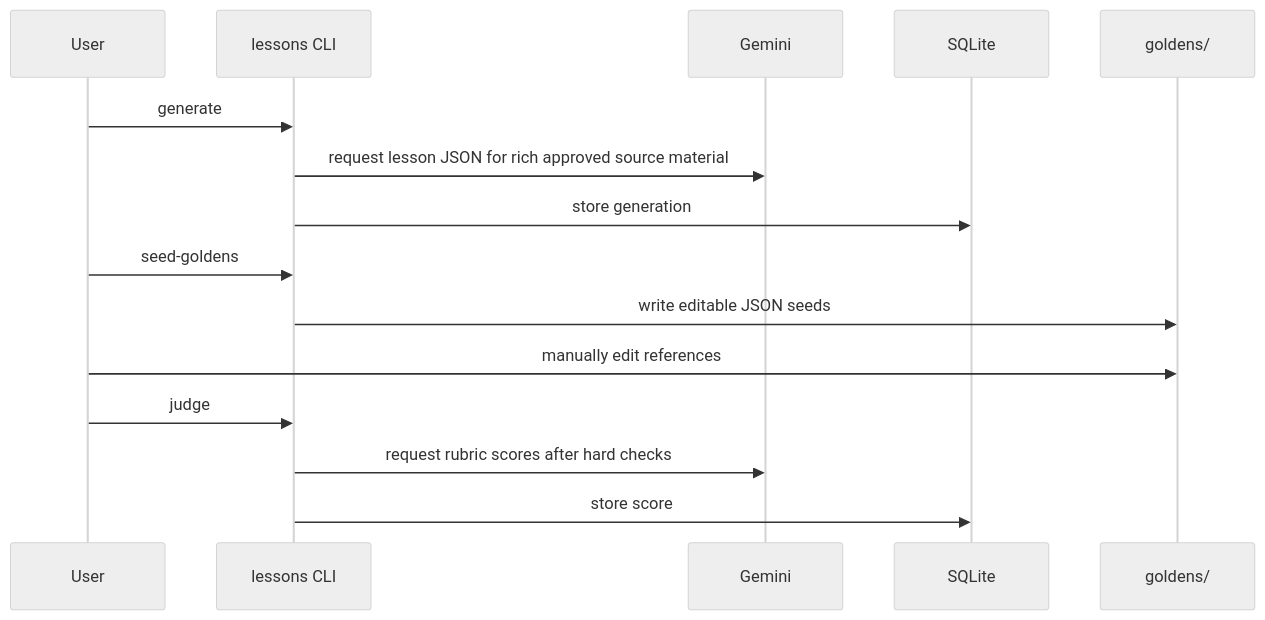
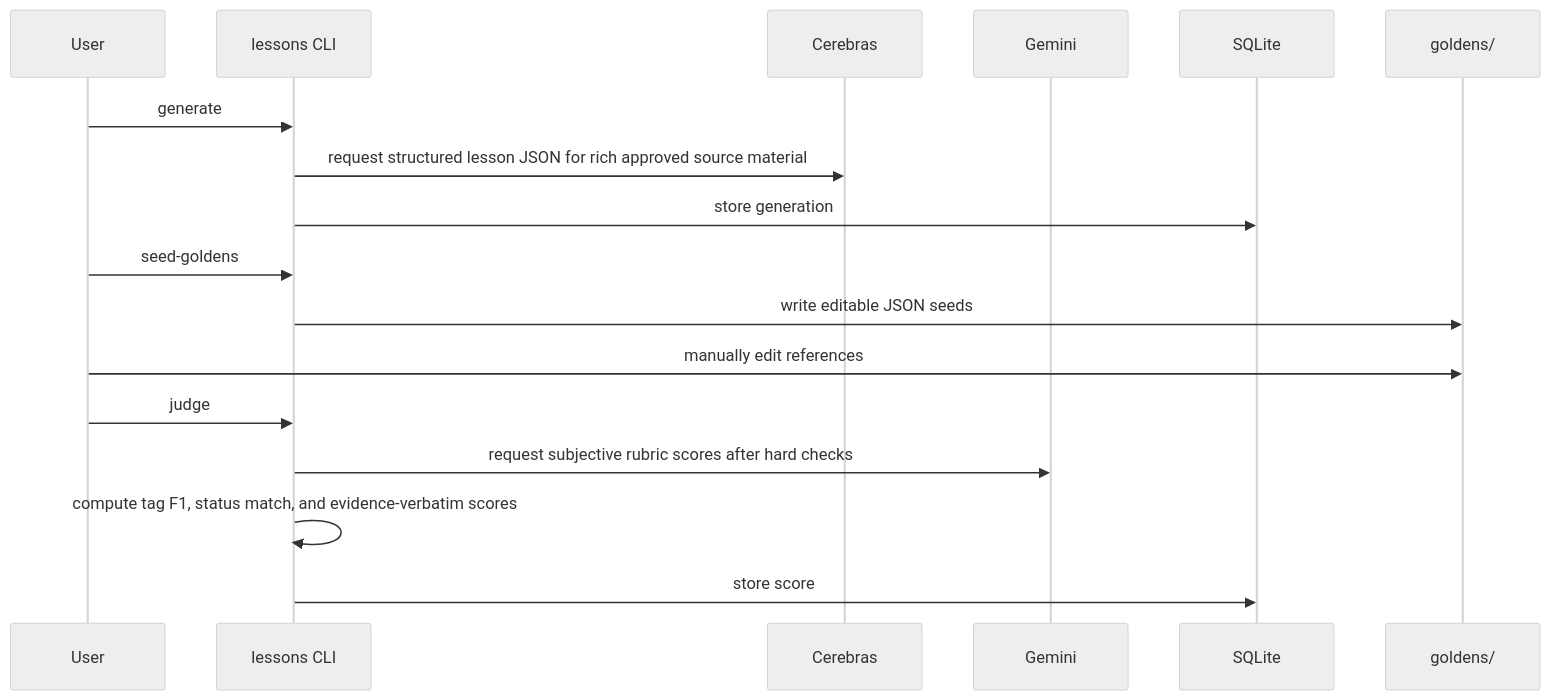
The second of 3 diagrams in architecture.md (johnpfeiffer/aiewf), drawn with Mermaid (neutral theme) before and after one commit. The commit also changed other lines of this file and 20 other files, not shown here.

````diff
--- a/architecture.md
+++ b/architecture.md
@@ -144,18 +154,20 @@
 ```mermaid
 sequenceDiagram
   participant User
   participant CLI as lessons CLI
+  participant Cerebras
   participant Gemini
   participant DB as SQLite
   participant Goldens as goldens/
 
   User->>CLI: generate
-  CLI->>Gemini: request lesson JSON for rich approved source material
+  CLI->>Cerebras: request structured lesson JSON for rich approved source material
   CLI->>DB: store generation
   User->>CLI: seed-goldens
   CLI->>Goldens: write editable JSON seeds
   User->>Goldens: manually edit references
   User->>CLI: judge
-  CLI->>Gemini: request rubric scores after hard checks
+  CLI->>Gemini: request subjective rubric scores after hard checks
+  CLI->>CLI: compute tag F1, status match, and evidence-verbatim scores
   CLI->>DB: store score
 ```
````
